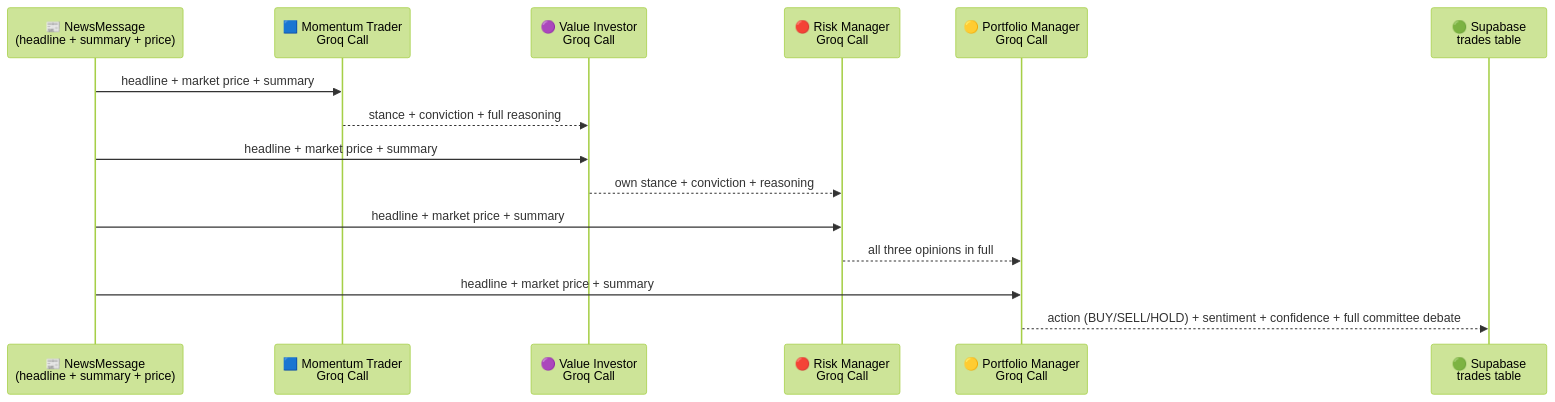
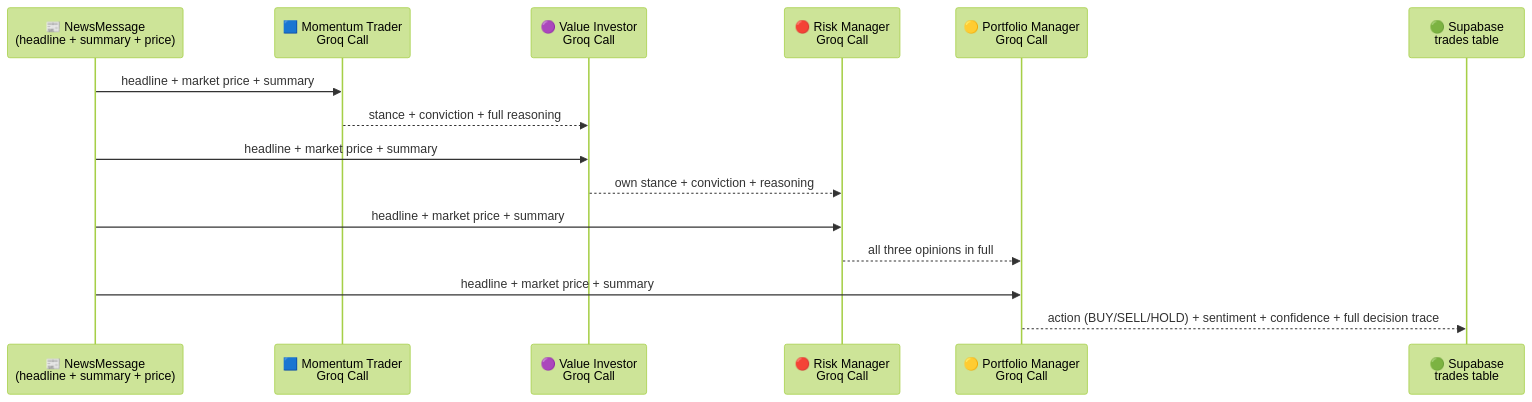
The third of 4 diagrams in README.md (sundeep-dayalan/sentient-trader), drawn with Mermaid (forest theme) before and after one commit. The commit also changed other lines of this file and 7 other files, not shown here.

Commit message:
refactor: replace legacy committee_debate and model columns with a unified, extensible decision_trace JSONB schema across the agent pipeline and database.

````diff
--- a/README.md
+++ b/README.md
@@ -241,18 +241,18 @@
 ```mermaid
 sequenceDiagram
     participant N as 📰 NewsMessage<br/>(headline + summary + price)
     participant M as 🟦 Momentum Trader<br/>Groq Call #1
     participant V as 🟣 Value Investor<br/>Groq Call #2
     participant R as 🔴 Risk Manager<br/>Groq Call #3
     participant S as 🟡 Portfolio Manager<br/>Groq Call #4 (Synthesizer)
     participant DB as 🟢 Supabase<br/>trades table
 
     N->>M: headline + market price + summary
     M-->>V: stance + conviction + full reasoning
     N->>V: headline + market price + summary
     V-->>R: own stance + conviction + reasoning
     N->>R: headline + market price + summary
     R-->>S: all three opinions in full
     N->>S: headline + market price + summary
-    S-->>DB: action (BUY/SELL/HOLD) + sentiment + confidence + full committee debate
+    S-->>DB: action (BUY/SELL/HOLD) + sentiment + confidence + full decision trace
 ```
````
